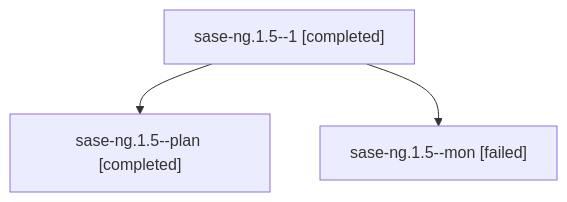
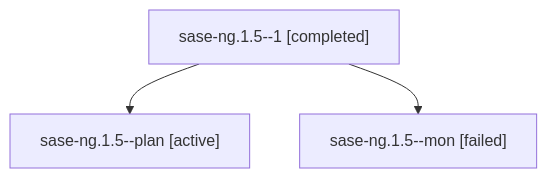
Before and after one commit to sase-org/sase--agents: the diagram in families/bbugyi200.athena.sase-ng.1.5.md, drawn with Mermaid. The commit also changed other lines of this file and 35830 other files, not shown here.

````diff
--- a/families/bbugyi200.athena.sase-ng.1.5.md
+++ b/families/bbugyi200.athena.sase-ng.1.5.md
@@ -9,8 +9,8 @@
 ```mermaid
 flowchart TD
   n0["sase-ng.1.5--1 [completed]"]
-  n1["sase-ng.1.5--plan [completed]"]
+  n1["sase-ng.1.5--plan [active]"]
   n0 --> n1
   n2["sase-ng.1.5--mon [failed]"]
   n0 --> n2
 ```
````
